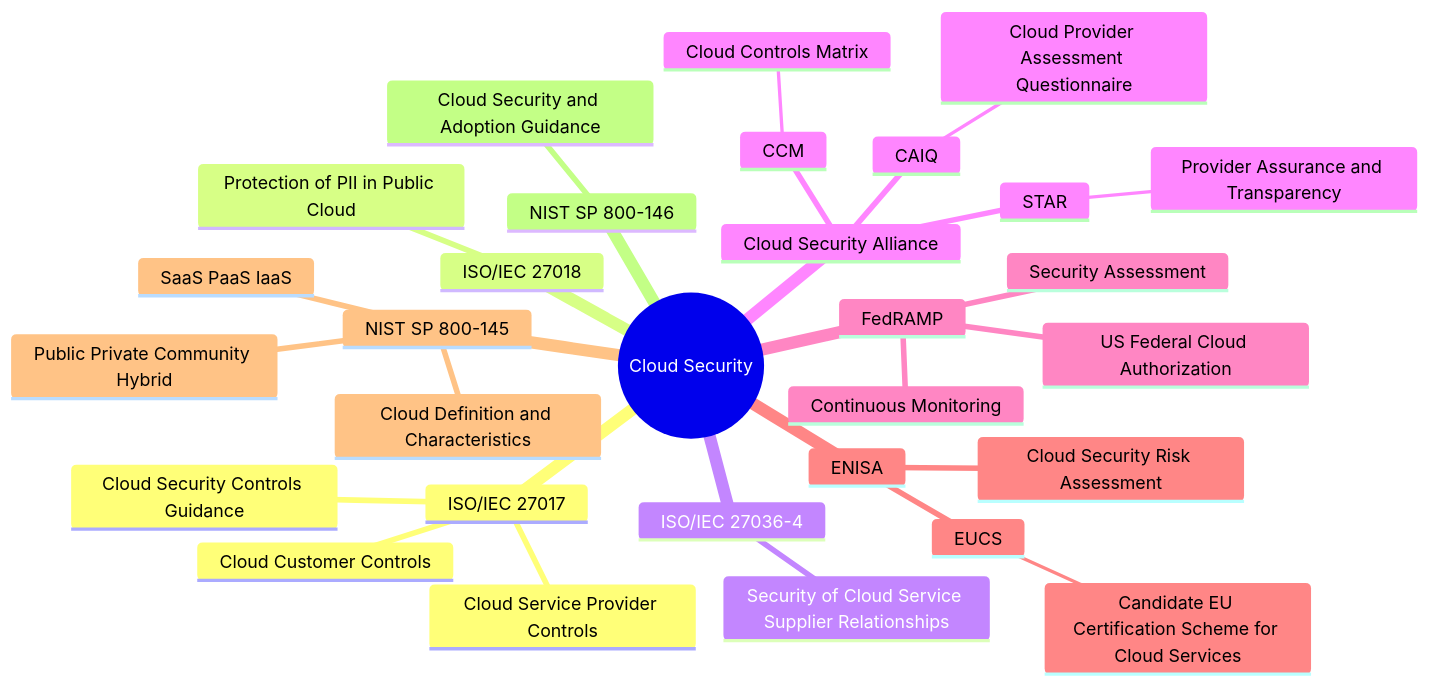
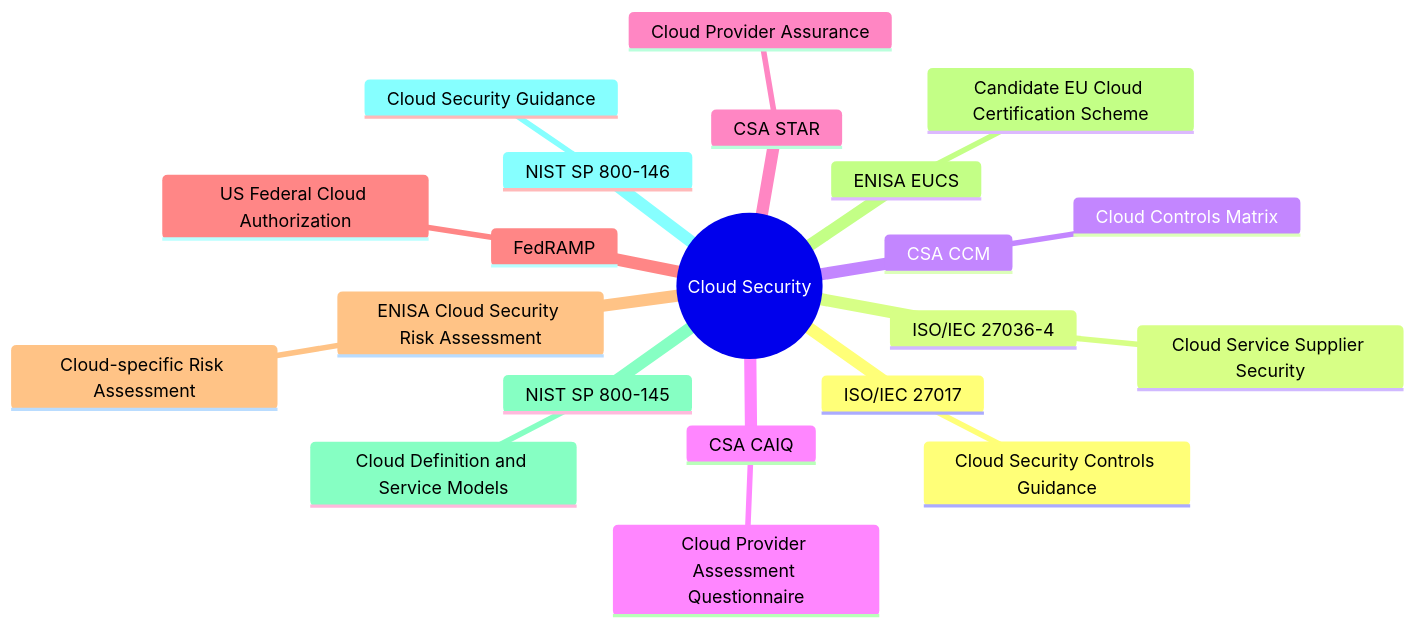
One commit to carybdea/mindmaps changed the diagram in cybersecurity-grc-map/docs/cloud-security.md. Above: the diagram before and after it, drawn with Mermaid. The commit also changed 19 other files, not shown here.

First line of the commit message:
Reorganize mind map structure

````diff
--- a/cybersecurity-grc-map/docs/cloud-security.md
+++ b/cybersecurity-grc-map/docs/cloud-security.md
@@ -3,33 +3,24 @@
 ```mermaid
 mindmap
   root((Cloud Security))
     ISO/IEC 27017
       Cloud Security Controls Guidance
-      Cloud Customer Controls
-      Cloud Service Provider Controls
-    ISO/IEC 27018
-      Protection of PII in Public Cloud
     ISO/IEC 27036-4
-      Security of Cloud Service Supplier Relationships
-    Cloud Security Alliance
-      CCM
-        Cloud Controls Matrix
-      CAIQ
-        Cloud Provider Assessment Questionnaire
-      STAR
-        Provider Assurance and Transparency
+      Cloud Service Supplier Security
+    CSA CCM
+      Cloud Controls Matrix
+    CSA CAIQ
+      Cloud Provider Assessment Questionnaire
+    CSA STAR
+      Cloud Provider Assurance
     FedRAMP
       US Federal Cloud Authorization
-      Security Assessment
-      Continuous Monitoring
-    ENISA
-      Cloud Security Risk Assessment
-      EUCS
-        Candidate EU Certification Scheme for Cloud Services
+    ENISA Cloud Security Risk Assessment
+      Cloud-specific Risk Assessment
+    ENISA EUCS
+      Candidate EU Cloud Certification Scheme
     NIST SP 800-145
-      Cloud Definition and Characteristics
-      SaaS PaaS IaaS
-      Public Private Community Hybrid
+      Cloud Definition and Service Models
     NIST SP 800-146
-      Cloud Security and Adoption Guidance
+      Cloud Security Guidance
 ```
````
